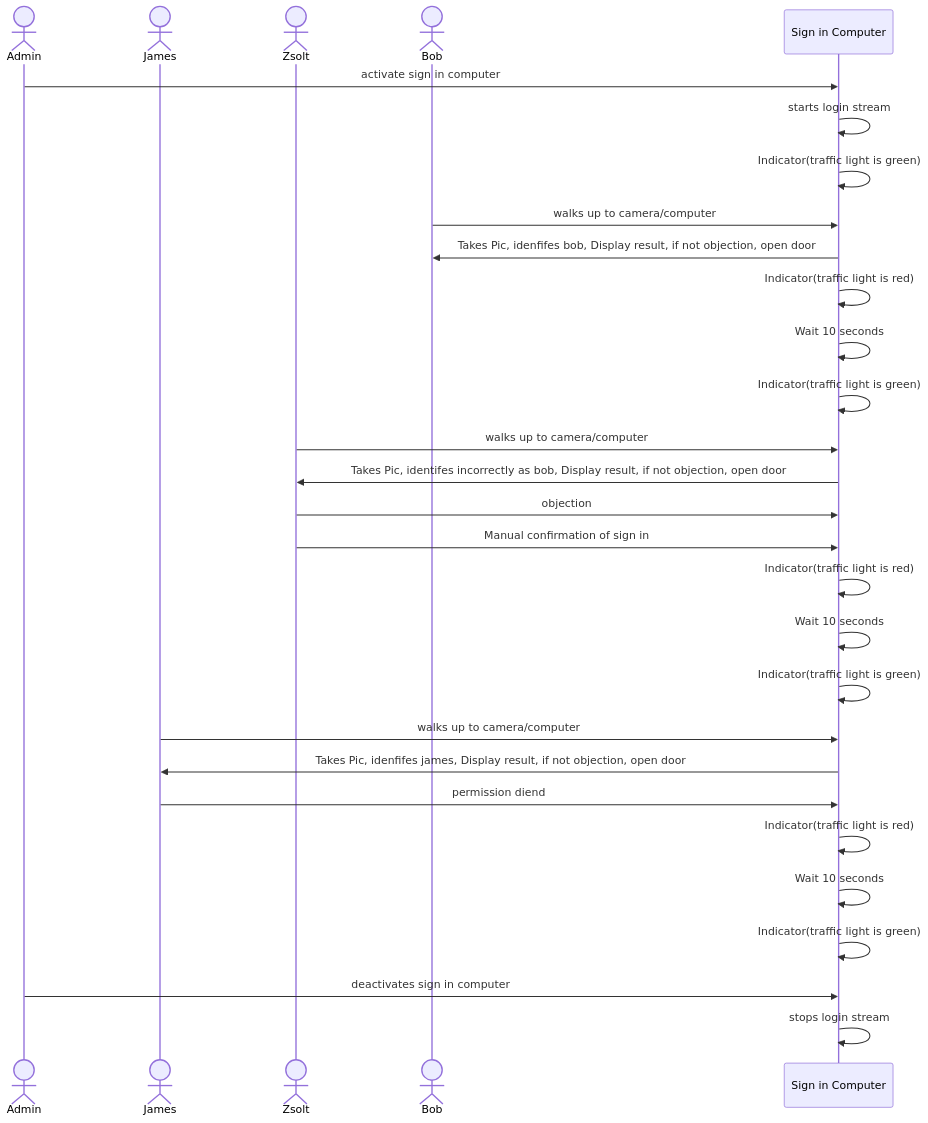
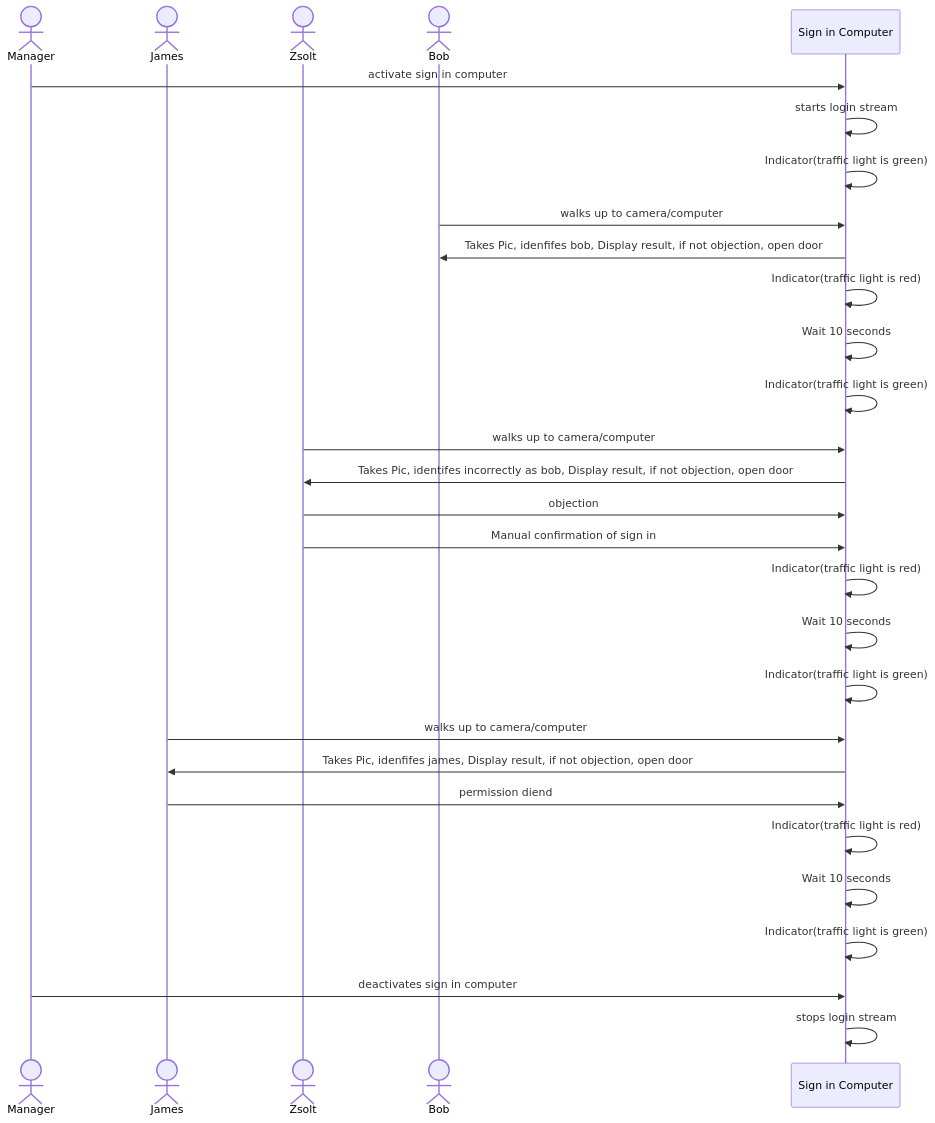
One commit to Zsolt821201/iDentity-ml-fyp-py changed the diagram in docs/diagrams/sign-in-out-usage.mmd. Above: the diagram before and after it, drawn with Mermaid. The commit also changed 7 other files, not shown here.

Commit message:
Diagrams

```diff
--- a/docs/diagrams/sign-in-out-usage.mmd
+++ b/docs/diagrams/sign-in-out-usage.mmd
@@ -1,38 +1,38 @@
 sequenceDiagram
-    Actor admin as Admin
+    Actor admin as Manager
 
     Actor james as James
     Actor zsolt as Zsolt
     Actor bob as Bob
 
     Participant website as Sign in Computer
 
     admin->>website: activate sign in computer
     website->>website: starts login stream
     website->>website: Indicator(traffic light is green)
 
     bob->>website: walks up to camera/computer
     website->>bob: Takes Pic, idenfifes bob, Display result, if not objection, open door
     website->>website: Indicator(traffic light is red)
     website->>website: Wait 10 seconds
     website->>website: Indicator(traffic light is green)
 
 
     zsolt->>website: walks up to camera/computer
     website->>zsolt: Takes Pic, identifes incorrectly as bob, Display result, if not objection, open door
     zsolt->>website: objection
     zsolt->>website: Manual confirmation of sign in
     website->>website: Indicator(traffic light is red)
     website->>website: Wait 10 seconds
     website->>website: Indicator(traffic light is green)
 
     james->>website: walks up to camera/computer
     website->>james: Takes Pic, idenfifes james, Display result, if not objection, open door
     james->>website: permission diend
     website->>website: Indicator(traffic light is red)
     website->>website: Wait 10 seconds
     website->>website: Indicator(traffic light is green)
 
 
     admin->>website: deactivates sign in computer
     website->>website: stops login stream
```
